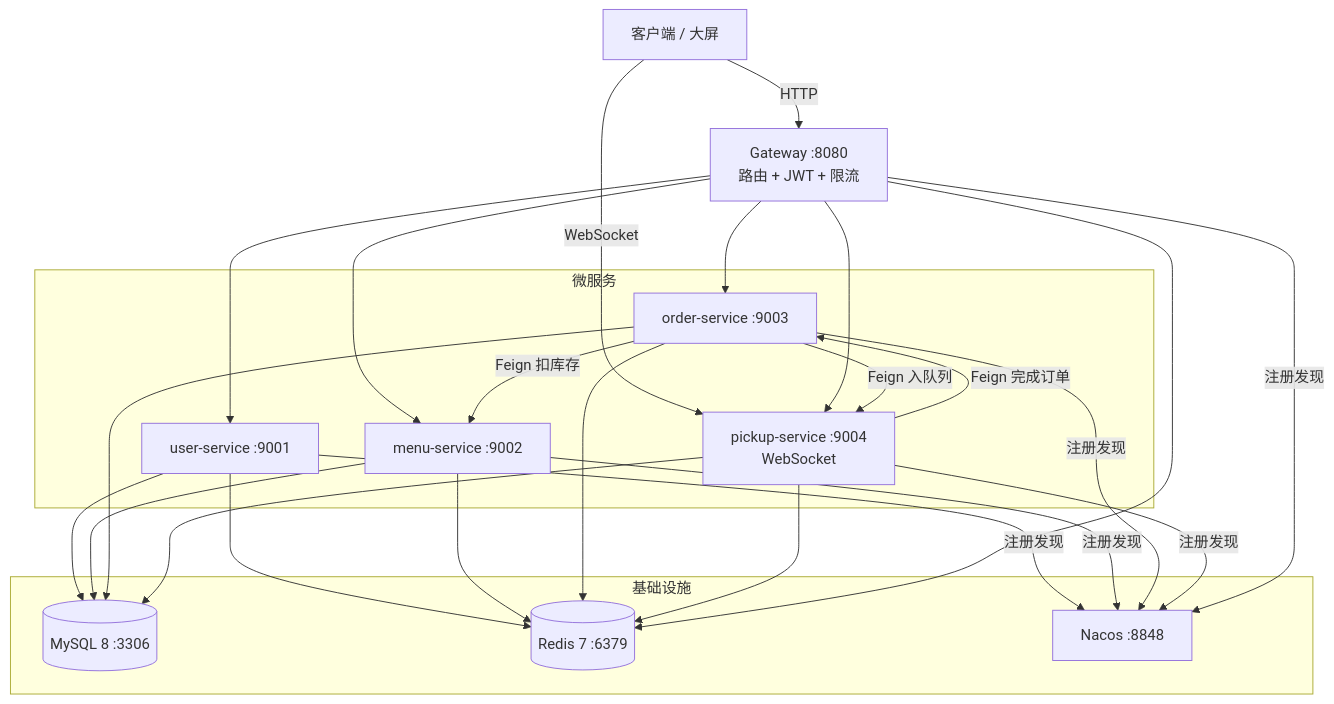
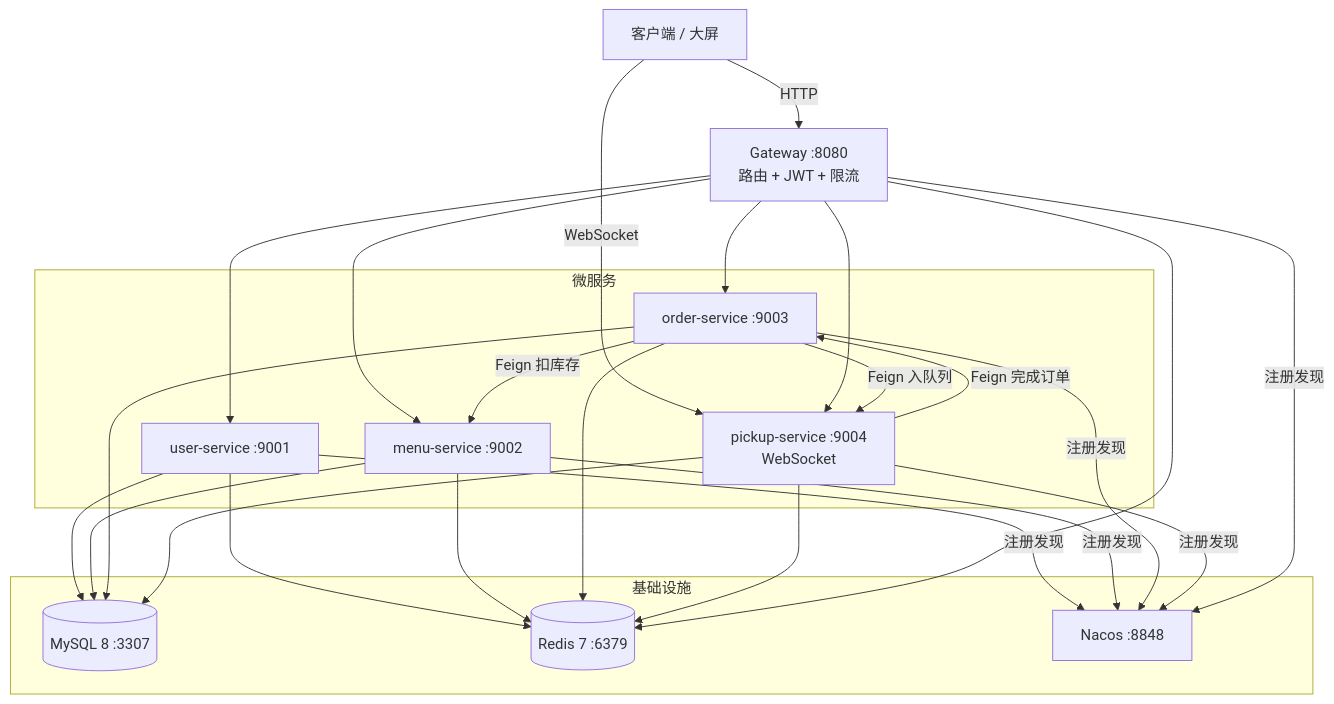
Before and after one commit to ZZyYyff/smart-canteen-microservice: the first of 2 diagrams in README.md, drawn with Mermaid. The commit also changed other lines of this file and 4 other files, not shown here.

````diff
--- a/README.md
+++ b/README.md
@@ -37,33 +85,33 @@
 ```mermaid
 graph TB
     Client[客户端 / 大屏]
     GW[Gateway :8080<br/>路由 + JWT + 限流]
 
     subgraph 微服务
         US[user-service :9001]
         MS[menu-service :9002]
         OS[order-service :9003]
         PS[pickup-service :9004<br/>WebSocket]
     end
 
     subgraph 基础设施
-        MySQL[(MySQL 8 :3306)]
+        MySQL[(MySQL 8 :3307)]
         Redis[(Redis 7 :6379)]
         Nacos[Nacos :8848]
     end
 
     Client -->|HTTP| GW
     Client -->|WebSocket| PS
     GW --> US
     GW --> MS
     GW --> OS
     GW --> PS
 
     OS -->|Feign 扣库存| MS
     OS -->|Feign 入队列| PS
     PS -->|Feign 完成订单| OS
 
     US & MS & OS & PS & GW -->|注册发现| Nacos
     US & MS & OS & PS --> MySQL
     US & MS & OS & PS & GW --> Redis
 ```
````
